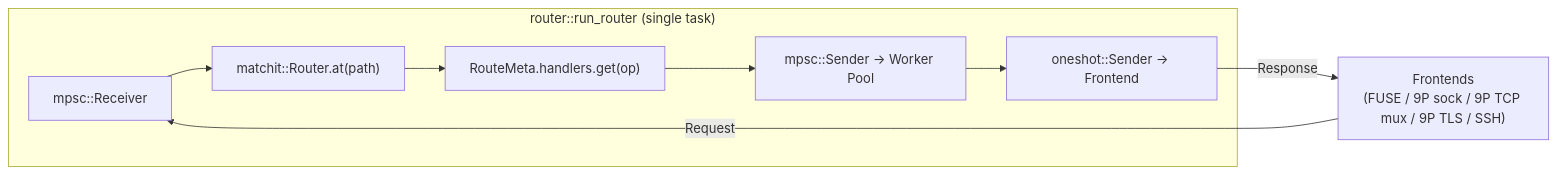
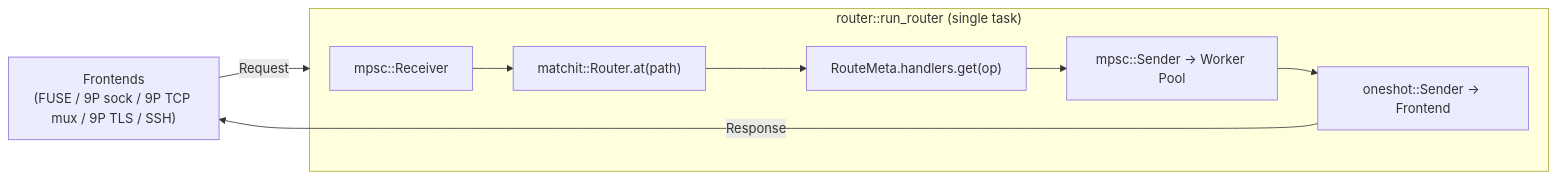
Before and after one commit to bubblegutz/pinhead: the second of 9 diagrams in docs/ARCHITECTURE.md, drawn with Mermaid.

````diff
--- a/docs/ARCHITECTURE.md
+++ b/docs/ARCHITECTURE.md
@@ -63,11 +63,13 @@
 ```mermaid
 flowchart LR
-    subgraph Router["router::run_router (single task)"]
+    FRONT["Frontends\n(FUSE / 9P sock / 9P TCP mux / 9P TLS / SSH)"] -->|Request| ROUTER
+    
+    subgraph ROUTER["router::run_router (single task)"]
         RX["mpsc::Receiver<Request>"] --> MATCH["matchit::Router.at(path)"]
         MATCH --> HLOOKUP["RouteMeta.handlers.get(op)"]
         HLOOKUP --> HREQ["mpsc::Sender<HandlerRequest> → Worker Pool"]
         HREQ --> ONESHOT["oneshot::Sender<Response> → Frontend"]
     end
-    FRONT["Frontends\n(FUSE / 9P sock / 9P TCP mux / 9P TLS / SSH)"] -->|Request| RX
+
     ONESHOT -->|Response| FRONT
 ```
````
